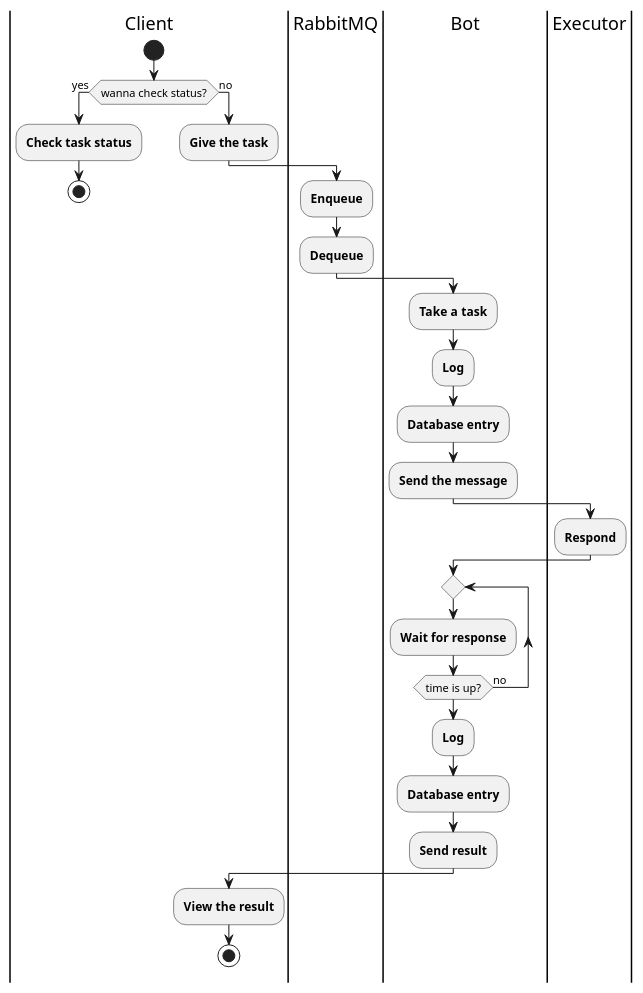
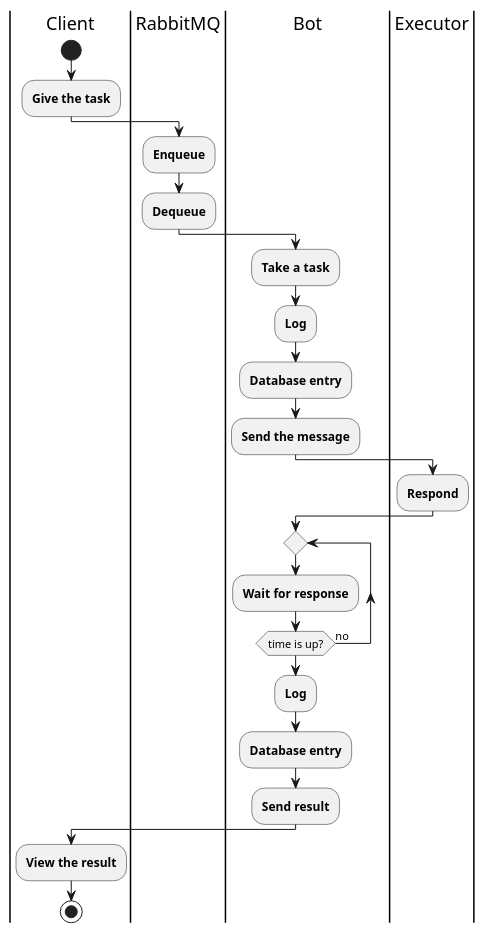
One commit to deworldgreen123/MCDisBot changed the diagram in Docs/Diagrams/Activity diagrams/mainprocess.puml. Above: the diagram before and after it, drawn with PlantUML.

```diff
--- a/Docs/Diagrams/Activity diagrams/mainprocess.puml
+++ b/Docs/Diagrams/Activity diagrams/mainprocess.puml
@@ -1,34 +1,30 @@
 @startuml ActivityDiagramMCDisBot
 |Client|
 start
-if (wanna check status?) is (yes) then
-:**Check task status**;
-stop
-else (no)
 :**Give the task**;
 
 |RabbitMQ|
 :**Enqueue**;
 :**Dequeue**;
 
 |Bot|
 :**Take a task**;
 :**Log**;
 :**Database entry**;
 :**Send the message**;
 
 |Executor|
 :**Respond**;
 
 |Bot|
 repeat
     :**Wait for response**;
 repeat while (time is up?) is (no)
 :**Log**;
 :**Database entry**;
 :**Send result**;
 
 |Client|
 :**View the result**;
 stop
 @enduml
```
